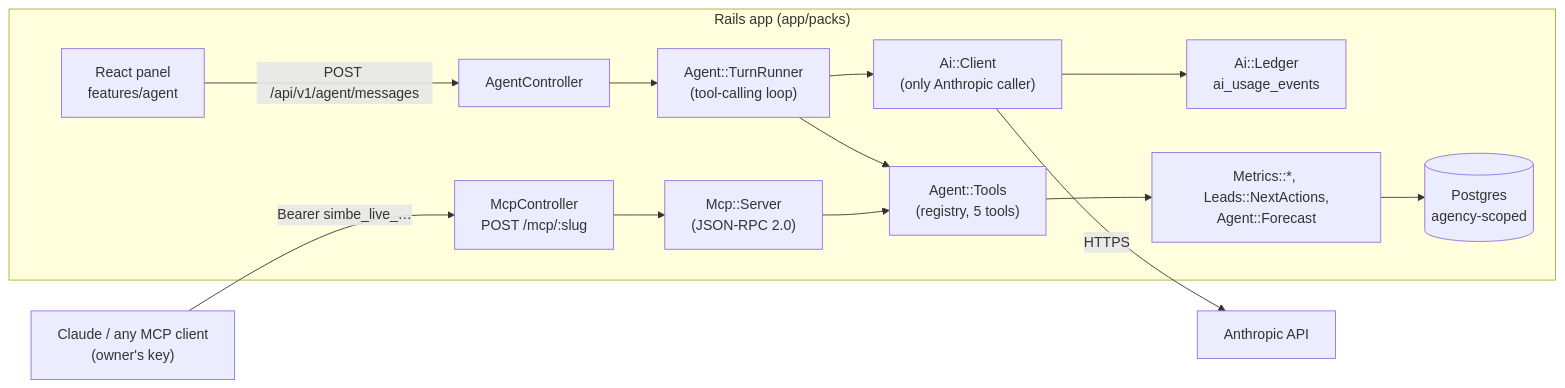
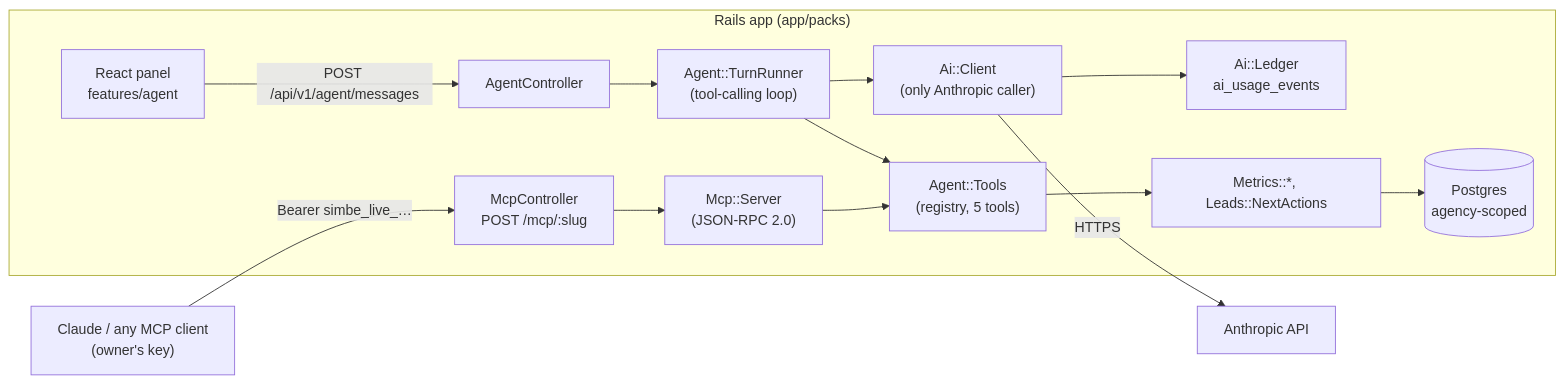
The first of 2 diagrams in docs/agent-and-mcp-architecture.md (Sophia-Sergio/simbe), drawn with Mermaid before and after one commit. The commit also changed other lines of this file and 151 other files, not shown here.

````diff
--- a/docs/agent-and-mcp-architecture.md
+++ b/docs/agent-and-mcp-architecture.md
@@ -9,16 +9,16 @@
 ```mermaid
 flowchart LR
   subgraph App["Rails app (app/packs)"]
     UI["React panel<br/>features/agent"] -->|"POST /api/v1/agent/messages"| AC["AgentController"]
     AC --> TR["Agent::TurnRunner<br/>(tool-calling loop)"]
     TR --> AIC["Ai::Client<br/>(only Anthropic caller)"]
     AIC --> LED["Ai::Ledger<br/>ai_usage_events"]
     TR --> REG["Agent::Tools<br/>(registry, 5 tools)"]
     MC["McpController<br/>POST /mcp/:slug"] --> SRV["Mcp::Server<br/>(JSON-RPC 2.0)"]
     SRV --> REG
-    REG --> MET["Metrics::*, Leads::NextActions,<br/>Agent::Forecast"]
+    REG --> MET["Metrics::*, Leads::NextActions"]
     MET --> DB[("Postgres<br/>agency-scoped")]
   end
   AIC -->|HTTPS| ANT["Anthropic API"]
   CLI["Claude / any MCP client<br/>(owner's key)"] -->|"Bearer simbe_live_…"| MC
 ```
````
